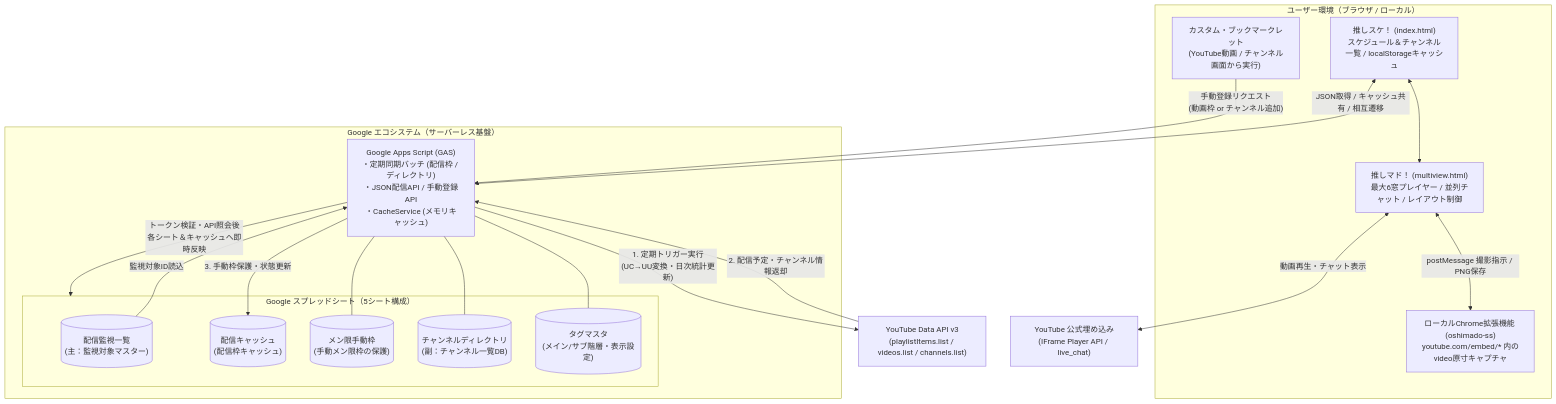
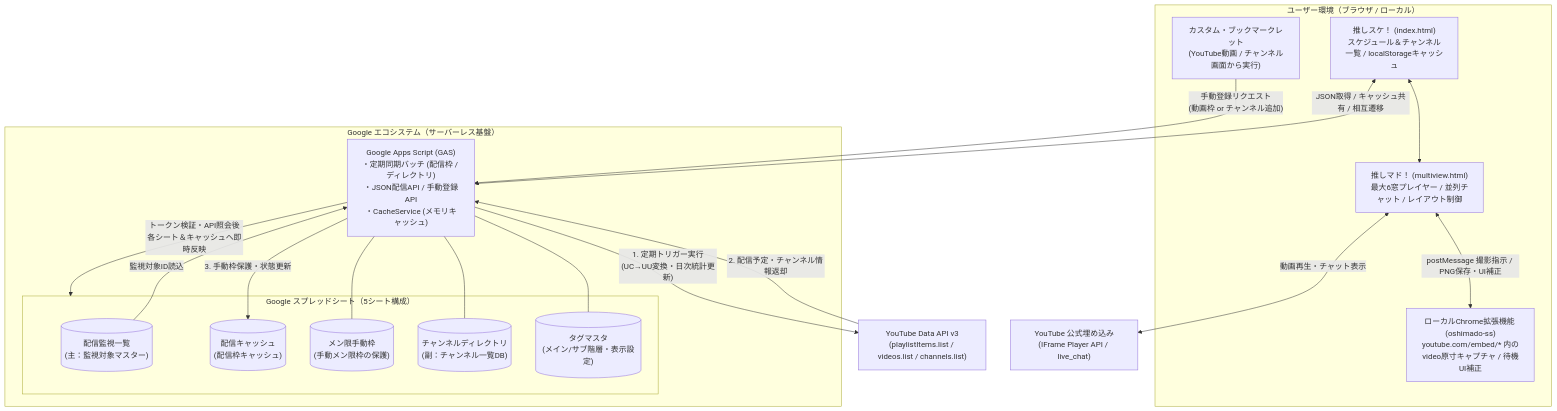
The diagram in README.md (chimuncho/youtubelive-schedule-by-ch1munch0), drawn with Mermaid before and after one commit. The commit also changed other lines of this file, not shown here.

````diff
--- a/README.md
+++ b/README.md
@@ -23,42 +23,42 @@
 ```mermaid
 flowchart TD
     subgraph UserEnv["ユーザー環境（ブラウザ / ローカル）"]
         Web["推しスケ！ (index.html)<br/>スケジュール＆チャンネル一覧 / localStorageキャッシュ"]
         Multi["推しマド！ (multiview.html)<br/>最大6窓プレイヤー / 並列チャット / レイアウト制御"]
-        Ext["ローカルChrome拡張機能 (oshimado-ss)<br/>youtube.com/embed/* 内のvideo原寸キャプチャ"]
+        Ext["ローカルChrome拡張機能 (oshimado-ss)<br/>youtube.com/embed/* 内のvideo原寸キャプチャ / 待機UI補正"]
         BM["カスタム・ブックマークレット<br/>(YouTube動画 / チャンネル画面から実行)"]
     end
 
     subgraph GoogleEnv["Google エコシステム（サーバーレス基盤）"]
         GAS["Google Apps Script (GAS)<br/>・定期同期バッチ (配信枠 / ディレクトリ)<br/>・JSON配信API / 手動登録API<br/>・CacheService (メモリキャッシュ)"]
         subgraph Sheets["Google スプレッドシート（5シート構成）"]
             S1[("配信監視一覧<br/>(主：監視対象マスター)")]
             S2[("配信キャッシュ<br/>(配信枠キャッシュ)")]
             S3[("メン限手動枠<br/>(手動メン限枠の保護)")]
             S4[("チャンネルディレクトリ<br/>(副：チャンネル一覧DB)")]
             S5[("タグマスタ<br/>(メイン/サブ階層・表示設定)")]
         end
     end
 
     YT_API["YouTube Data API v3<br/>(playlistItems.list / videos.list / channels.list)"]
     YT_EMBED["YouTube 公式埋め込み<br/>(IFrame Player API / live_chat)"]
 
     %% 自動収集フロー
     S1 -- "監視対象ID読込" --> GAS
     GAS -- "1. 定期トリガー実行<br/>(UC→UU変換・日次統計更新)" --> YT_API
     YT_API -- "2. 配信予定・チャンネル情報返却" --> GAS
     GAS -- "3. 手動枠保護・状態更新" --> S2
     GAS --- S3
     GAS --- S4
     GAS --- S5
 
     %% 手動登録フロー
     BM -- "手動登録リクエスト<br/>(動画枠 or チャンネル追加)" --> GAS
     GAS -- "トークン検証・API照会後<br/>各シート＆キャッシュへ即時反映" --> Sheets
 
     %% 閲覧・複窓フロー
     Web <-- "JSON取得 / キャッシュ共有 / 相互遷移" --> GAS
     Web <--> Multi
     Multi <-- "動画再生・チャット表示" --> YT_EMBED
-    Multi <-- "postMessage 撮影指示 / PNG保存" --> Ext
+    Multi <-- "postMessage 撮影指示 / PNG保存・UI補正" --> Ext
 ```
````
